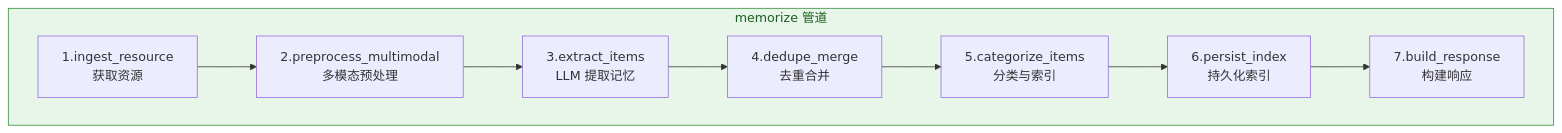
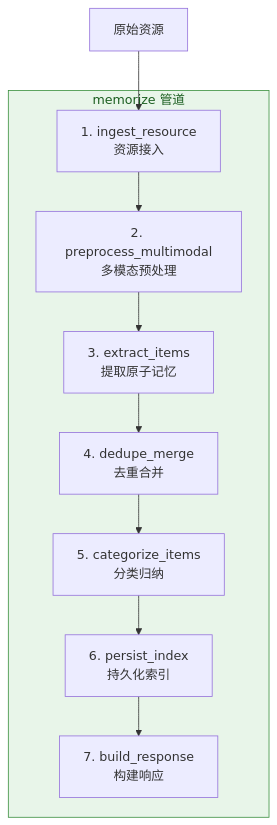
One commit to FreezeSoul/freezesoul.github.com changed the sixth of 8 diagrams in _posts/2026-03-06-agent-design-03-context-memory-design.md. Above: the diagram before and after it, drawn with Mermaid. The commit also changed other lines of this file and 2 other files, not shown here.

````diff
--- a/_posts/2026-03-06-agent-design-03-context-memory-design.md
+++ b/_posts/2026-03-06-agent-design-03-context-memory-design.md
@@ -316,21 +257,22 @@
 ```mermaid
 flowchart TD
     subgraph memorize["memorize 管道"]
-        Step1["1.ingest_resource<br/>获取资源"]
-        Step2["2.preprocess_multimodal<br/>多模态预处理"]
-        Step3["3.extract_items<br/>LLM 提取记忆"]
-        Step4["4.dedupe_merge<br/>去重合并"]
-        Step5["5.categorize_items<br/>分类与索引"]
-        Step6["6.persist_index<br/>持久化索引"]
-        Step7["7.build_response<br/>构建响应"]
+        Step1["1. ingest_resource<br/>资源接入"]
+        Step2["2. preprocess_multimodal<br/>多模态预处理"]
+        Step3["3. extract_items<br/>提取原子记忆"]
+        Step4["4. dedupe_merge<br/>去重合并"]
+        Step5["5. categorize_items<br/>分类归纳"]
+        Step6["6. persist_index<br/>持久化索引"]
+        Step7["7. build_response<br/>构建响应"]
     end
-    
+
+    Resource["原始资源"] --> Step1
     Step1 --> Step2
     Step2 --> Step3
     Step3 --> Step4
     Step4 --> Step5
     Step5 --> Step6
     Step6 --> Step7
-    
+
     style memorize fill:#e8f5e9,stroke:#388e3c,color:#1b5e20
 ```
````
